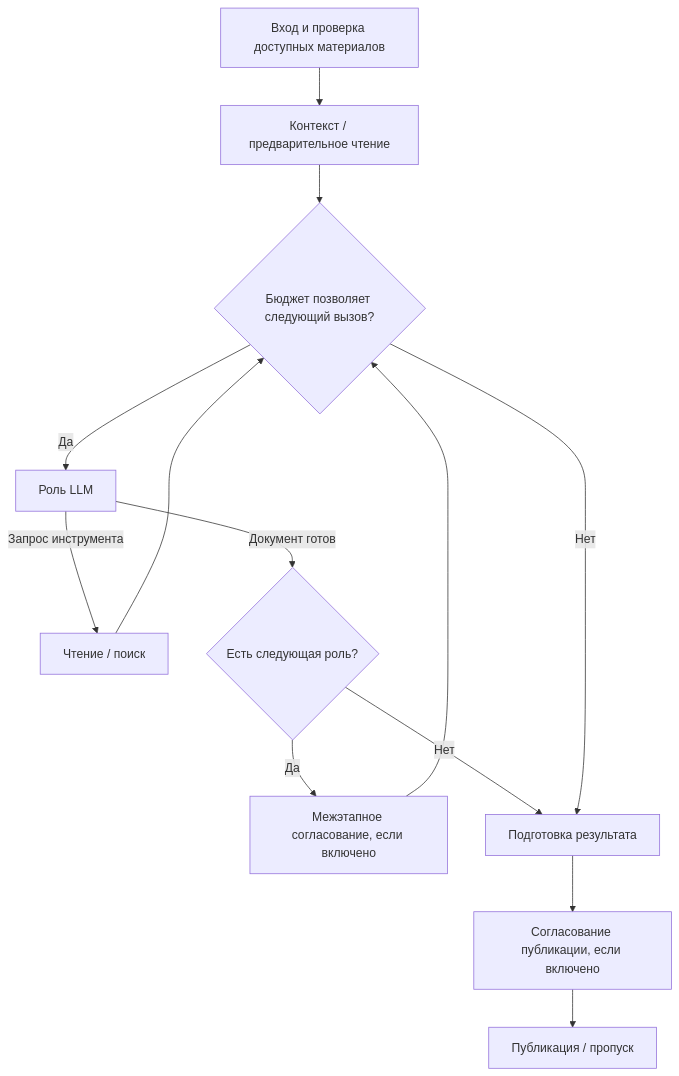
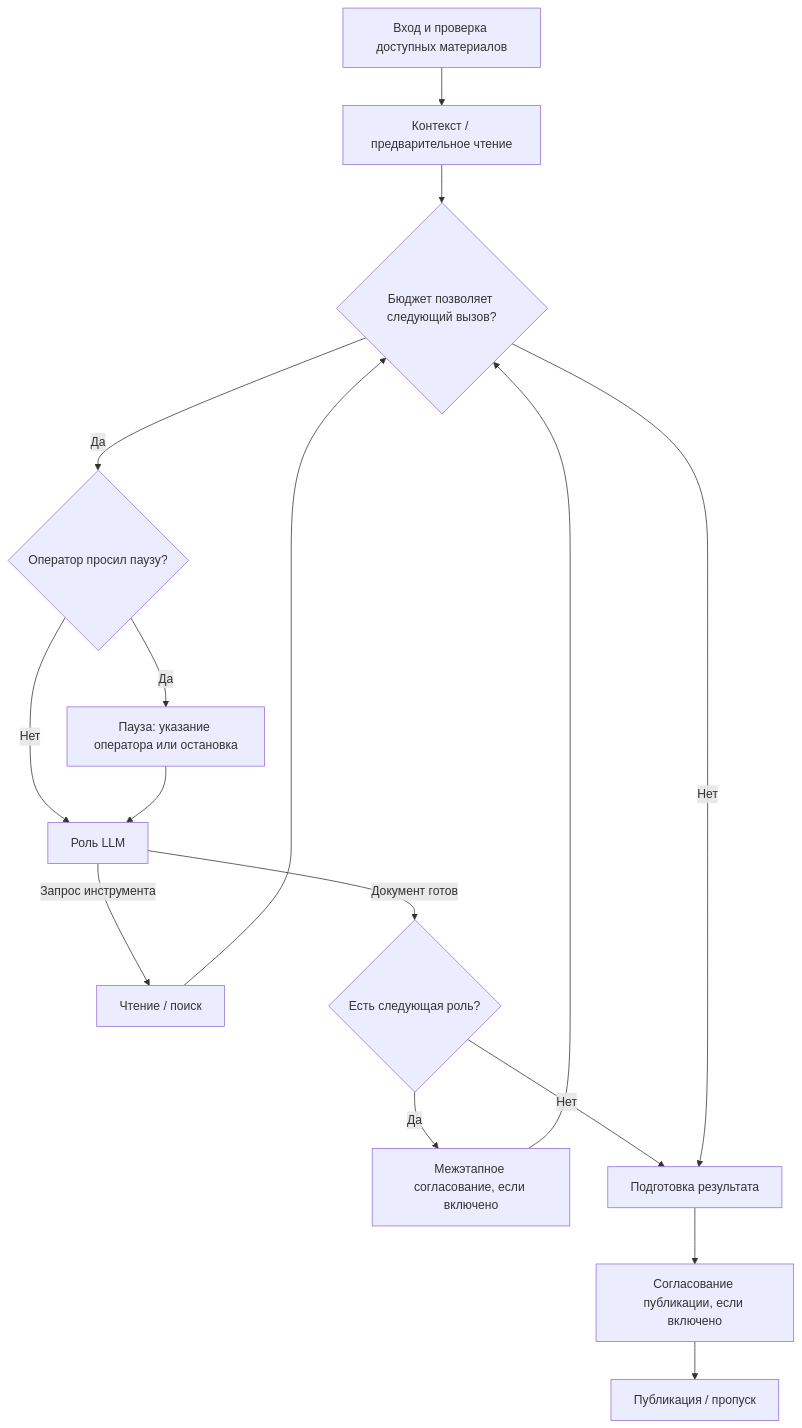
The second of 4 diagrams in docs/ARCHITECTURE.md (IST0VE/orbita-agent), drawn with Mermaid before and after one commit. The commit also changed other lines of this file and 28 other files, not shown here.

````diff
--- a/docs/ARCHITECTURE.md
+++ b/docs/ARCHITECTURE.md
@@ -49,15 +49,18 @@
 ```mermaid
 flowchart TD
     A["Вход и проверка доступных материалов"] --> B["Контекст / предварительное чтение"]
     B --> C{"Бюджет позволяет следующий вызов?"}
-    C -->|"Да"| D["Роль LLM"]
+    C -->|"Да"| Z{"Оператор просил паузу?"}
+    Z -->|"Нет"| D["Роль LLM"]
+    Z -->|"Да"| Y["Пауза: указание оператора или остановка"]
+    Y --> D
     D -->|"Запрос инструмента"| T["Чтение / поиск"]
     T --> C
     D -->|"Документ готов"| E{"Есть следующая роль?"}
     E -->|"Да"| F["Межэтапное согласование, если включено"]
     F --> C
     E -->|"Нет"| H["Подготовка результата"]
     C -->|"Нет"| H
     H --> I["Согласование публикации, если включено"]
     I --> J["Публикация / пропуск"]
 ```
````
